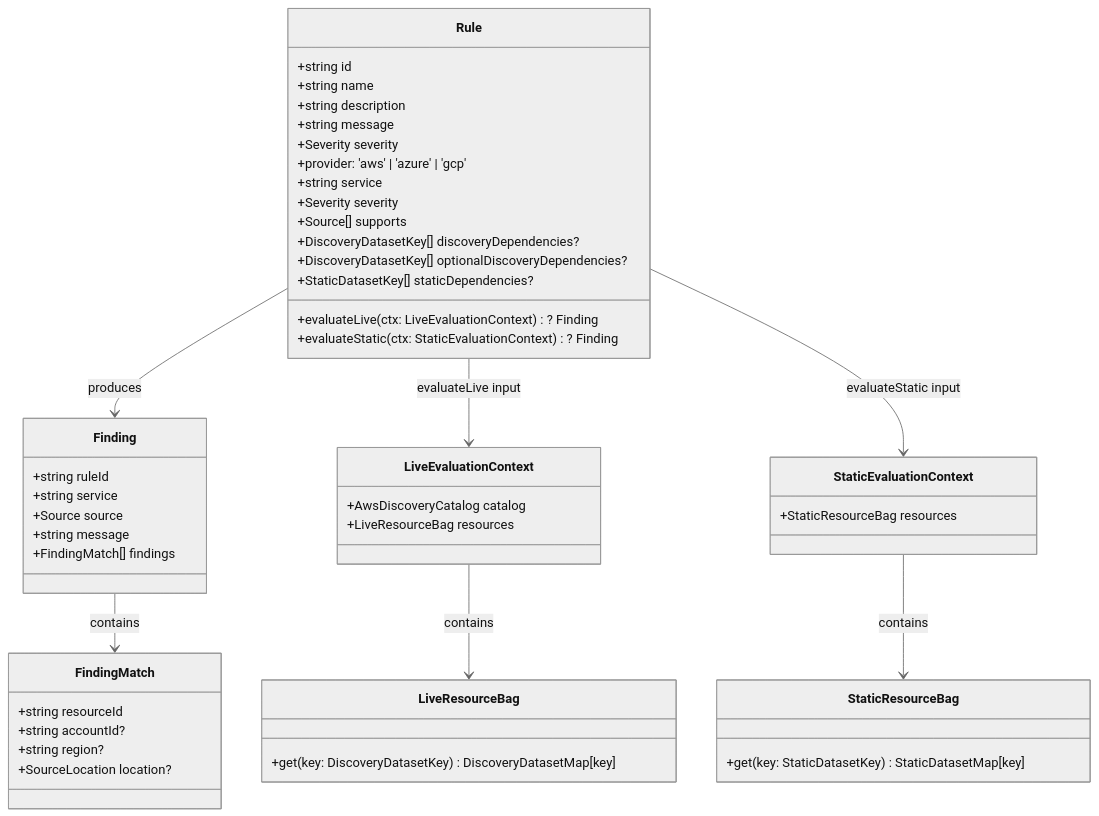
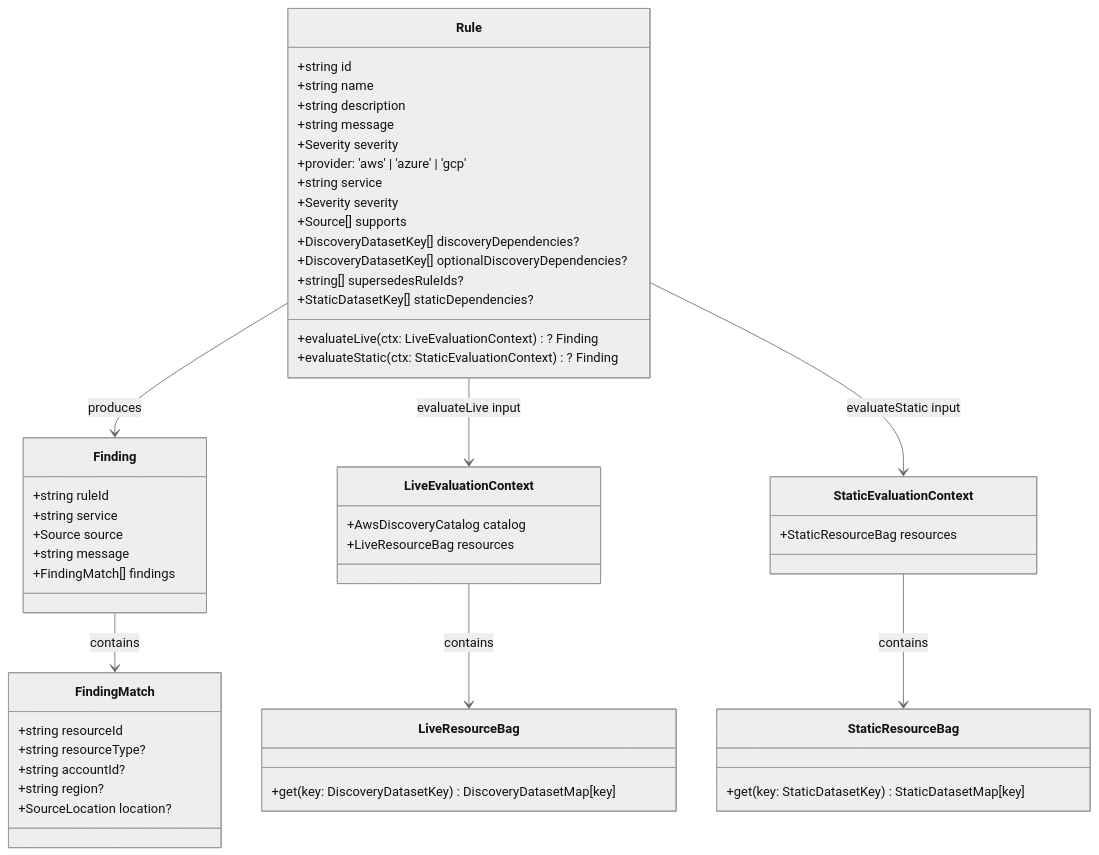
Before and after one commit to towardsthecloud/cloudburn: the first of 2 diagrams in docs/architecture/rules.md, drawn with Mermaid (neutral theme). The commit also changed other lines of this file and 38 other files, not shown here.

````diff
--- a/docs/architecture/rules.md
+++ b/docs/architecture/rules.md
@@ -5,58 +5,60 @@
 ```mermaid
 classDiagram
   class Rule {
     +string id
     +string name
     +string description
     +string message
     +Severity severity
     +provider: 'aws' | 'azure' | 'gcp'
     +string service
     +Severity severity
     +Source[] supports
     +DiscoveryDatasetKey[] discoveryDependencies?
     +DiscoveryDatasetKey[] optionalDiscoveryDependencies?
+    +string[] supersedesRuleIds?
     +StaticDatasetKey[] staticDependencies?
     +evaluateLive(ctx: LiveEvaluationContext)? Finding
     +evaluateStatic(ctx: StaticEvaluationContext)? Finding
   }
 
   class Finding {
     +string ruleId
     +string service
     +Source source
     +string message
     +FindingMatch[] findings
   }
 
   class FindingMatch {
     +string resourceId
+    +string resourceType?
     +string accountId?
     +string region?
     +SourceLocation location?
   }
 
   class LiveEvaluationContext {
     +AwsDiscoveryCatalog catalog
     +LiveResourceBag resources
   }
 
   class LiveResourceBag {
     +get(key: DiscoveryDatasetKey) DiscoveryDatasetMap[key]
   }
 
   class StaticResourceBag {
     +get(key: StaticDatasetKey) StaticDatasetMap[key]
   }
 
   class StaticEvaluationContext {
     +StaticResourceBag resources
   }
 
   Rule --> Finding : produces
   Finding --> FindingMatch : contains
   Rule --> LiveEvaluationContext : evaluateLive input
   LiveEvaluationContext --> LiveResourceBag : contains
   Rule --> StaticEvaluationContext : evaluateStatic input
   StaticEvaluationContext --> StaticResourceBag : contains
 ```
````
